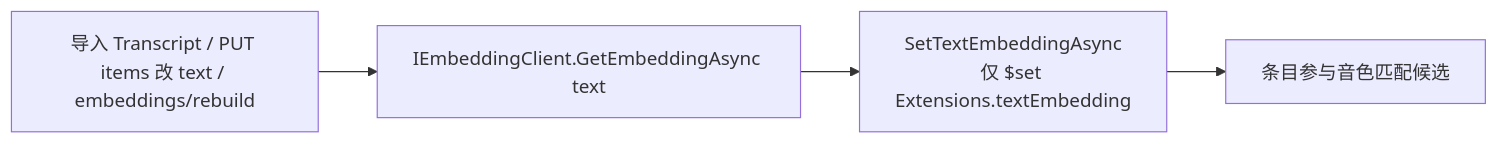
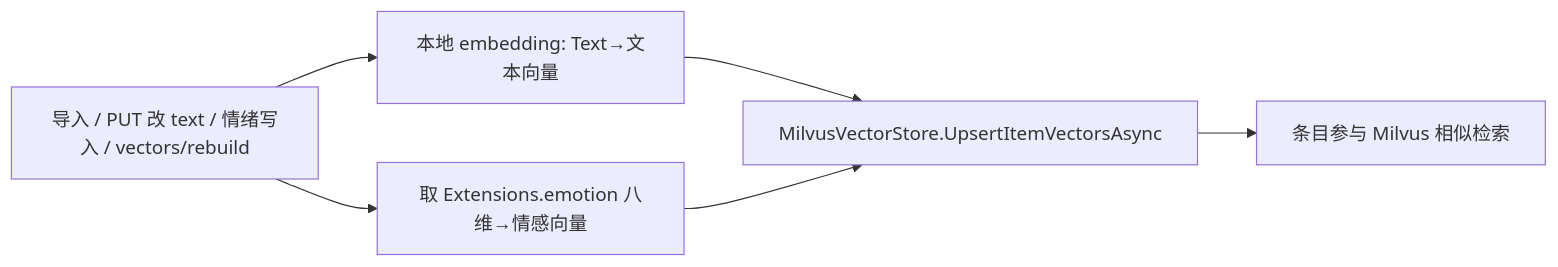
One commit to Deliay/z-vtuber changed the third of 3 diagrams in docs/engineering/proposals/20260929-proposal-training-audio-synthesize.md. Above: the diagram before and after it, drawn with Mermaid. The commit also changed other lines of this file and 1 other file, not shown here.

First line of the commit message:
docs(training): 音频生成改用 Milvus + 本地向量服务（返工修订）

````diff
--- a/docs/engineering/proposals/20260929-proposal-training-audio-synthesize.md
+++ b/docs/engineering/proposals/20260929-proposal-training-audio-synthesize.md
@@ -278,6 +258,8 @@
 ```mermaid
 flowchart LR
-    A[导入 Transcript / PUT items 改 text / embeddings/rebuild] --> B[IEmbeddingClient.GetEmbeddingAsync text]
-    B --> C[SetTextEmbeddingAsync<br/>仅 $set Extensions.textEmbedding]
-    C --> D[条目参与音色匹配候选]
+    A[导入 / PUT 改 text / 情绪写入 / vectors/rebuild] --> B[本地 embedding: Text→文本向量]
+    A --> C[取 Extensions.emotion 八维→情感向量]
+    B --> D[MilvusVectorStore.UpsertItemVectorsAsync]
+    C --> D
+    D --> E[条目参与 Milvus 相似检索]
 ```
````
